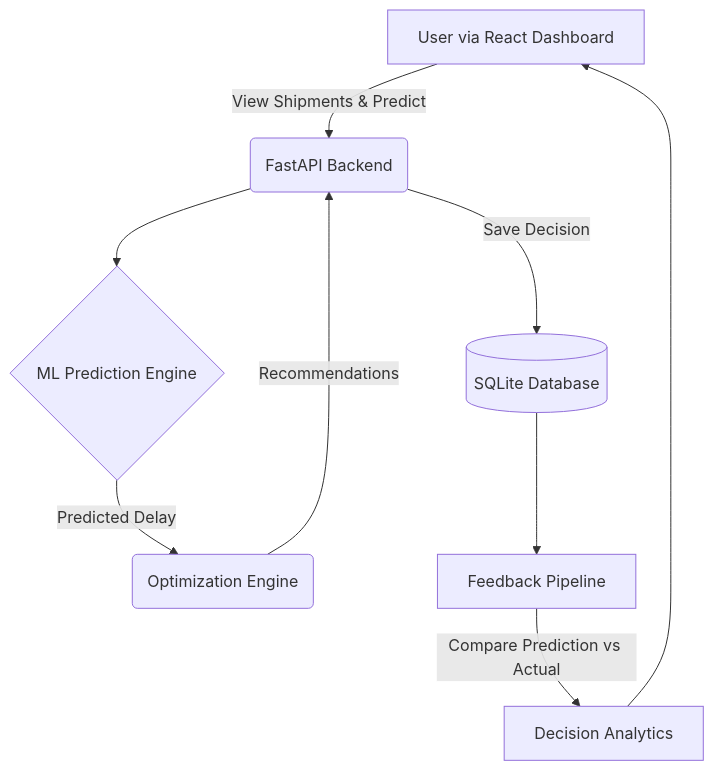
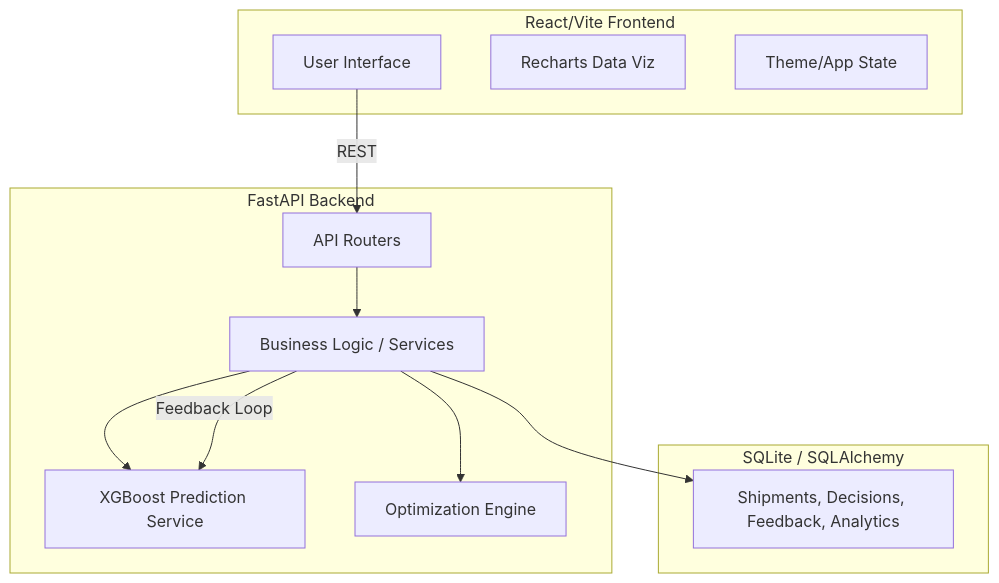
The diagram in README.md (RishiSoni252004/SupplyPrescript), drawn with Mermaid before and after one commit. The commit also changed other lines of this file and 29 other files, not shown here.

````diff
--- a/README.md
+++ b/README.md
@@ -7,11 +20,26 @@
 ```mermaid
-graph TD
-    A[User via React Dashboard] -->|View Shipments & Predict| B(FastAPI Backend)
-    B --> C{ML Prediction Engine}
-    C -->|Predicted Delay| D(Optimization Engine)
-    D -->|Recommendations| B
-    B -->|Save Decision| E[(SQLite Database)]
-    E --> F[Feedback Pipeline]
-    F -->|Compare Prediction vs Actual| G[Decision Analytics]
-    G --> A
+graph TD;
+    subgraph Frontend [React/Vite Frontend]
+        UI[User Interface]
+        Chart[Recharts Data Viz]
+        State[Theme/App State]
+    end
+
+    subgraph Backend [FastAPI Backend]
+        API[API Routers]
+        Service[Business Logic / Services]
+        ML[XGBoost Prediction Service]
+        Opt[Optimization Engine]
+    end
+
+    subgraph Database [SQLite / SQLAlchemy]
+        Models[Shipments, Decisions, Feedback, Analytics]
+    end
+
+    UI -->|REST| API
+    API --> Service
+    Service --> ML
+    Service --> Opt
+    Service --> Models
+    Service -->|Feedback Loop| ML
 ```
````
